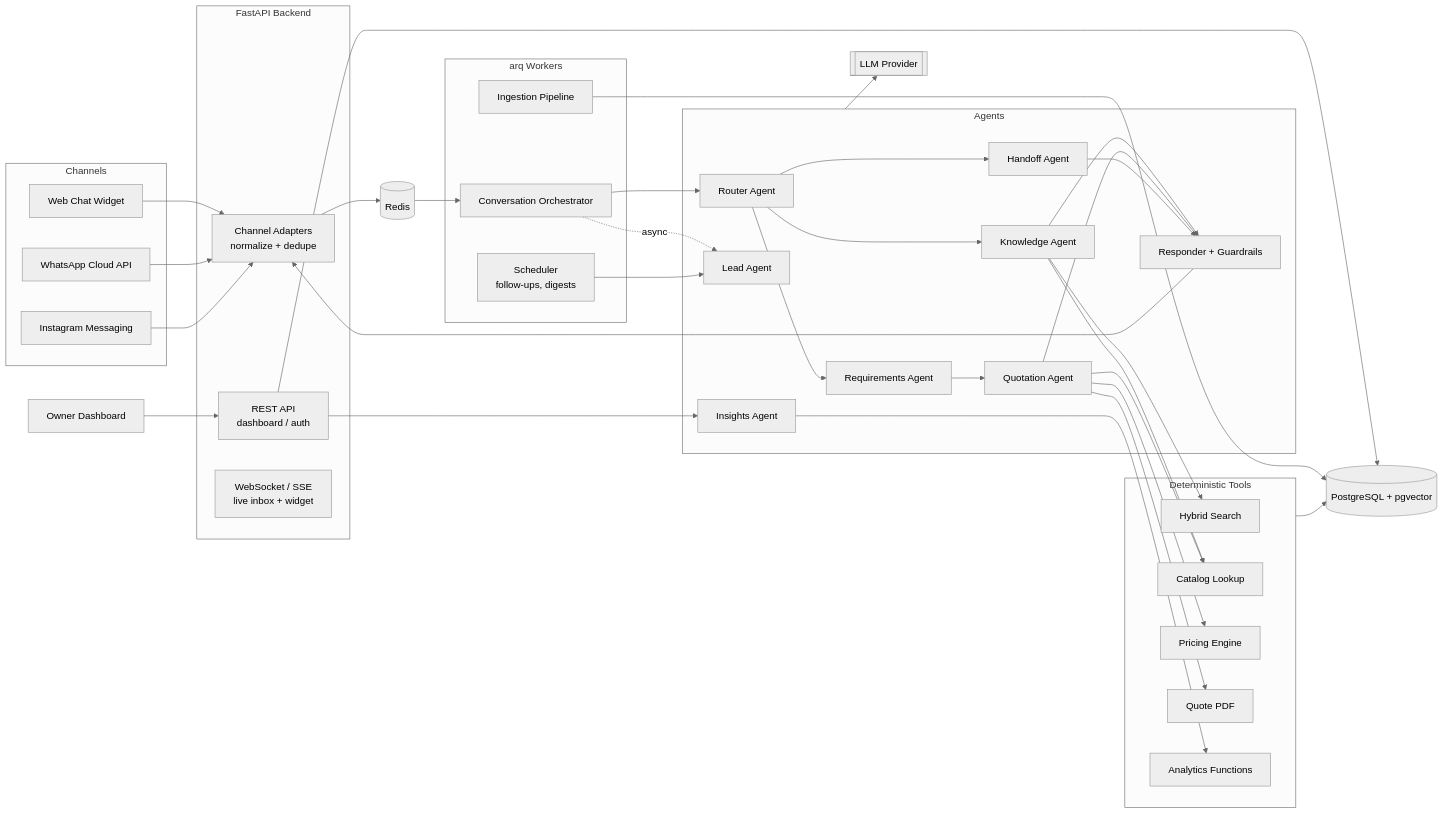
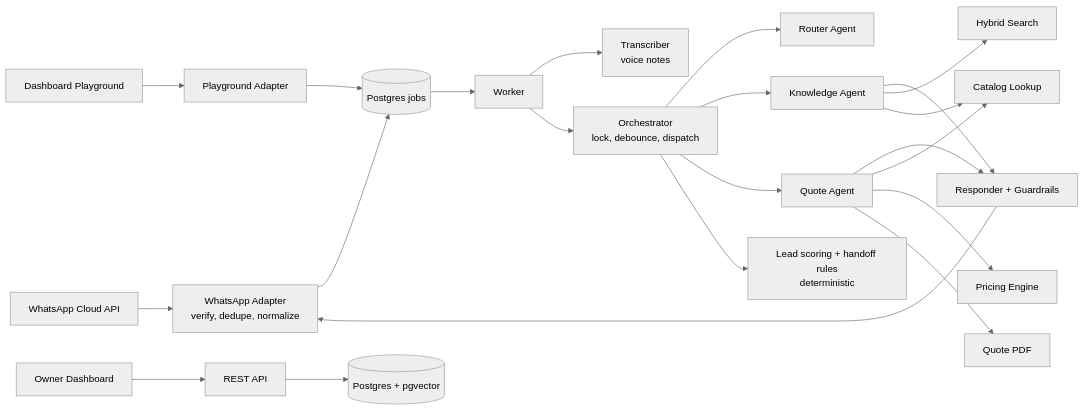
The diagram in BUILD_PLAN.md (aum2606/munim), drawn with Mermaid (neutral theme) before and after one commit. The commit also changed other lines of this file and 1 other file, not shown here.

````diff
--- a/BUILD_PLAN.md
+++ b/BUILD_PLAN.md
@@ -70,60 +93,18 @@
 ```mermaid
 flowchart LR
-  subgraph Channels
-    W[Web Chat Widget]
-    WA[WhatsApp Cloud API]
-    IG[Instagram Messaging]
-  end
-
-  subgraph API["FastAPI Backend"]
-    CA[Channel Adapters<br/>normalize + dedupe]
-    REST[REST API<br/>dashboard / auth]
-    WS[WebSocket / SSE<br/>live inbox + widget]
-  end
-
-  subgraph Workers["arq Workers"]
-    ORCH[Conversation Orchestrator]
-    ING[Ingestion Pipeline]
-    SCHED[Scheduler<br/>follow-ups, digests]
-  end
-
-  subgraph Agents
-    RT[Router Agent]
-    KA[Knowledge Agent]
-    RQ[Requirements Agent]
-    QA[Quotation Agent]
-    LA[Lead Agent]
-    HA[Handoff Agent]
-    IA[Insights Agent]
-    RS[Responder + Guardrails]
-  end
-
-  subgraph Tools["Deterministic Tools"]
-    SR[Hybrid Search]
-    CAT[Catalog Lookup]
-    PE[Pricing Engine]
-    PDF[Quote PDF]
-    AN[Analytics Functions]
-  end
-
-  DB[(PostgreSQL + pgvector)]
-  R[(Redis)]
-  LLM[[LLM Provider]]
-  DASH[Owner Dashboard]
-
-  W & WA & IG --> CA --> R
-  R --> ORCH
-  ORCH --> RT --> KA & RQ & HA
-  RQ --> QA
-  KA & QA & HA --> RS --> CA
-  ORCH -. async .-> LA
-  KA --> SR & CAT
-  QA --> CAT & PE & PDF
-  IA --> AN
-  Agents --> LLM
-  Tools --> DB
-  DASH --> REST --> DB
-  REST --> IA
-  ING --> DB
-  SCHED --> LA
+  WA[WhatsApp Cloud API] --> AD[WhatsApp Adapter<br/>verify, dedupe, normalize]
+  PG[Dashboard Playground] --> AD2[Playground Adapter]
+  AD & AD2 --> Q[(Postgres jobs)]
+  Q --> W[Worker]
+  W --> STT[Transcriber<br/>voice notes]
+  W --> ORCH[Orchestrator<br/>lock, debounce, dispatch]
+  ORCH --> RT[Router Agent]
+  ORCH --> KA[Knowledge Agent]
+  ORCH --> QA[Quote Agent]
+  KA & QA --> RS[Responder + Guardrails]
+  RS --> AD
+  KA --> SR[Hybrid Search] & CAT[Catalog Lookup]
+  QA --> CAT & PE[Pricing Engine] & PDF[Quote PDF]
+  ORCH --> LS[Lead scoring + handoff rules<br/>deterministic]
+  DASH[Owner Dashboard] --> API[REST API] --> DB[(Postgres + pgvector)]
 ```
````
